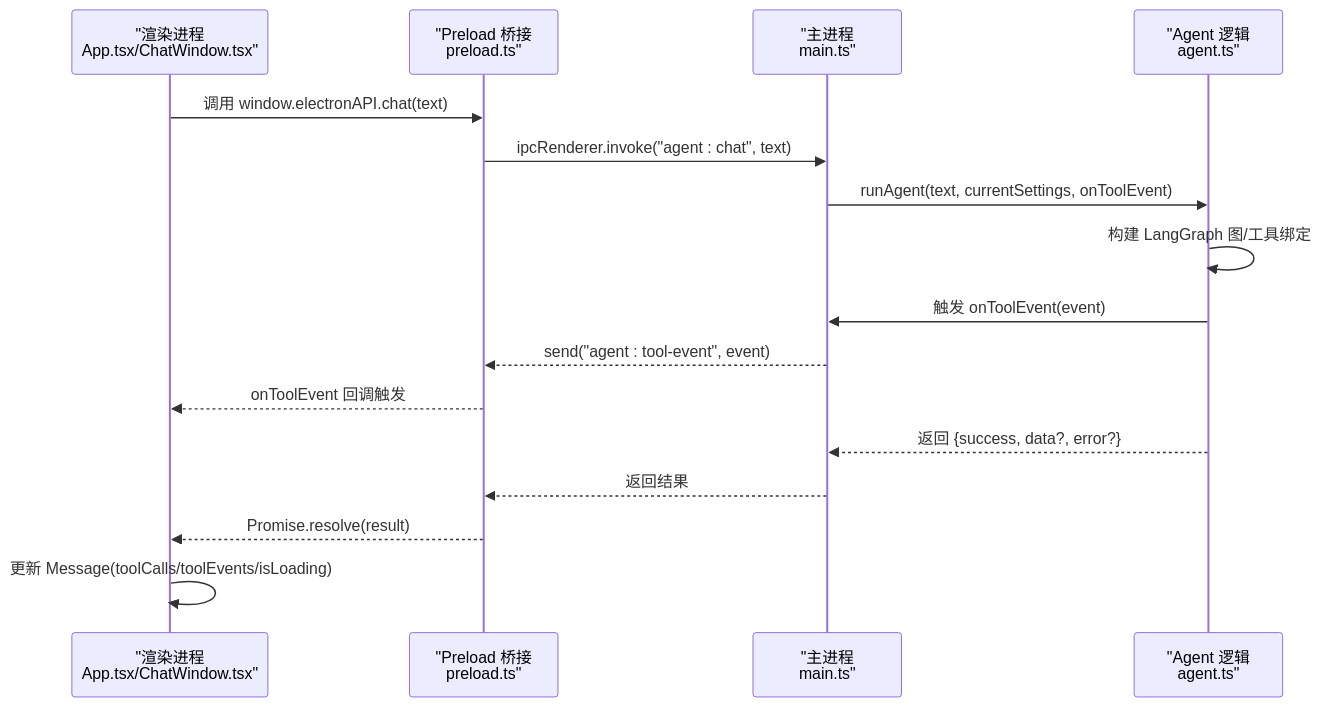
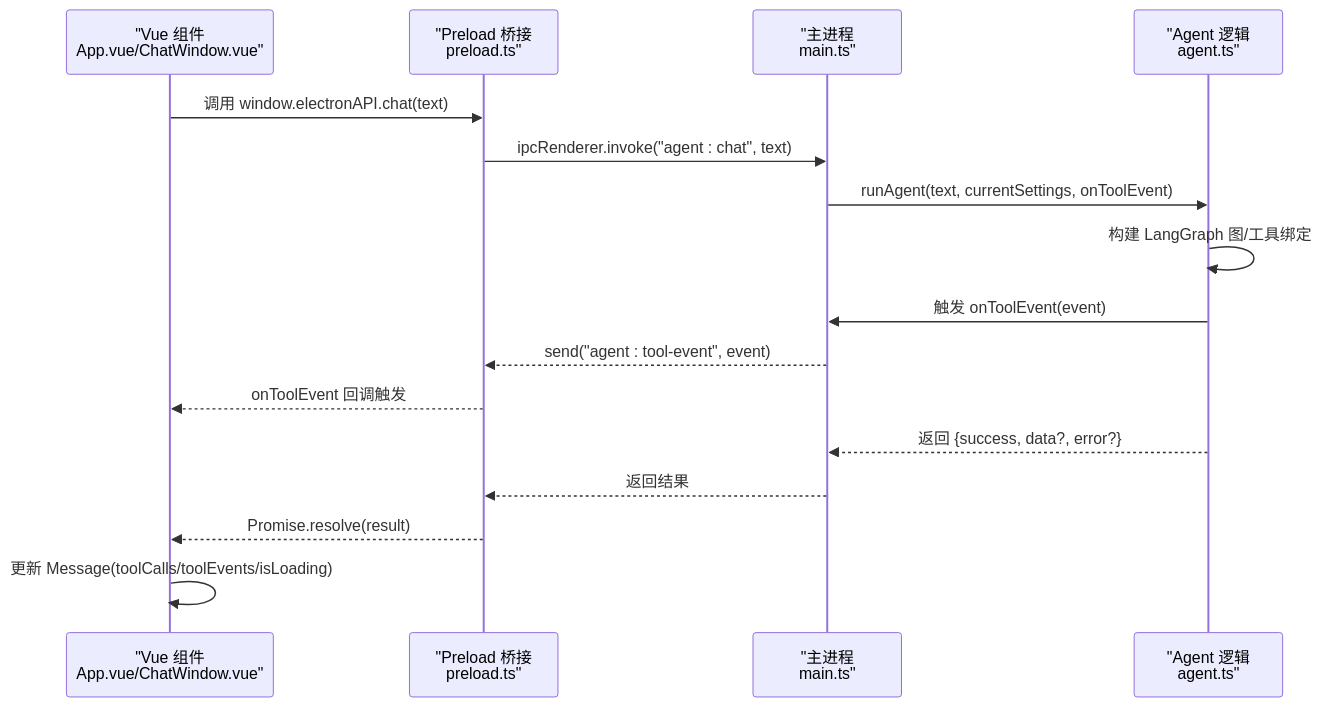
The third of 5 diagrams in .qoder/repowiki/zh/content/数据流与状态管理/TypeScript 类型系统.md (hallllla/QAQ-Agent), drawn with Mermaid before and after one commit. The commit also changed other lines of this file and 23 other files, not shown here.

````diff
--- a/.qoder/repowiki/zh/content/数据流与状态管理/TypeScript 类型系统.md
+++ b/.qoder/repowiki/zh/content/数据流与状态管理/TypeScript 类型系统.md
@@ -151,18 +236,18 @@
 ```mermaid
 sequenceDiagram
-participant UI as "渲染进程<br/>App.tsx/ChatWindow.tsx"
+participant UI as "Vue 组件<br/>App.vue/ChatWindow.vue"
 participant Bridge as "Preload 桥接<br/>preload.ts"
 participant Main as "主进程<br/>main.ts"
 participant Agent as "Agent 逻辑<br/>agent.ts"
 UI->>Bridge : 调用 window.electronAPI.chat(text)
 Bridge->>Main : ipcRenderer.invoke("agent : chat", text)
 Main->>Agent : runAgent(text, currentSettings, onToolEvent)
 Agent->>Agent : 构建 LangGraph 图/工具绑定
 Agent->>Main : 触发 onToolEvent(event)
 Main-->>Bridge : send("agent : tool-event", event)
 Bridge-->>UI : onToolEvent 回调触发
 Agent-->>Main : 返回 {success, data?, error?}
 Main-->>Bridge : 返回结果
 Bridge-->>UI : Promise.resolve(result)
 UI->>UI : 更新 Message(toolCalls/toolEvents/isLoading)
 ```
````
